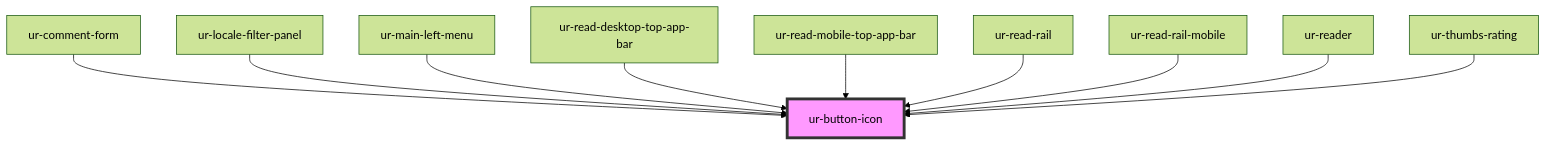
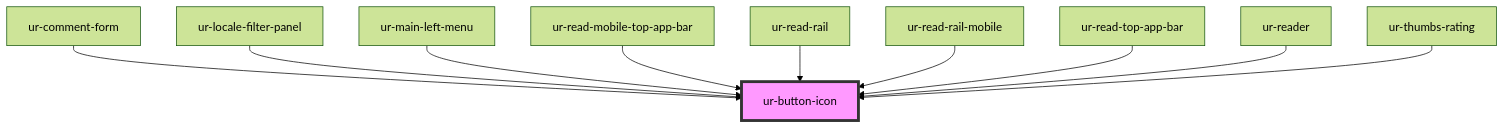
One commit to hellish/urnovl-web-components changed the diagram in src/components/ur-button-icon/readme.md. Above: the diagram before and after it, drawn with Mermaid (forest theme). The commit also changed other lines of this file and 7 other files, not shown here.

````diff
--- a/src/components/ur-button-icon/readme.md
+++ b/src/components/ur-button-icon/readme.md
@@ -35,13 +35,13 @@
 ```mermaid
 graph TD;
   ur-comment-form --> ur-button-icon
   ur-locale-filter-panel --> ur-button-icon
   ur-main-left-menu --> ur-button-icon
-  ur-read-desktop-top-app-bar --> ur-button-icon
   ur-read-mobile-top-app-bar --> ur-button-icon
   ur-read-rail --> ur-button-icon
   ur-read-rail-mobile --> ur-button-icon
+  ur-read-top-app-bar --> ur-button-icon
   ur-reader --> ur-button-icon
   ur-thumbs-rating --> ur-button-icon
   style ur-button-icon fill:#f9f,stroke:#333,stroke-width:4px
 ```
````
